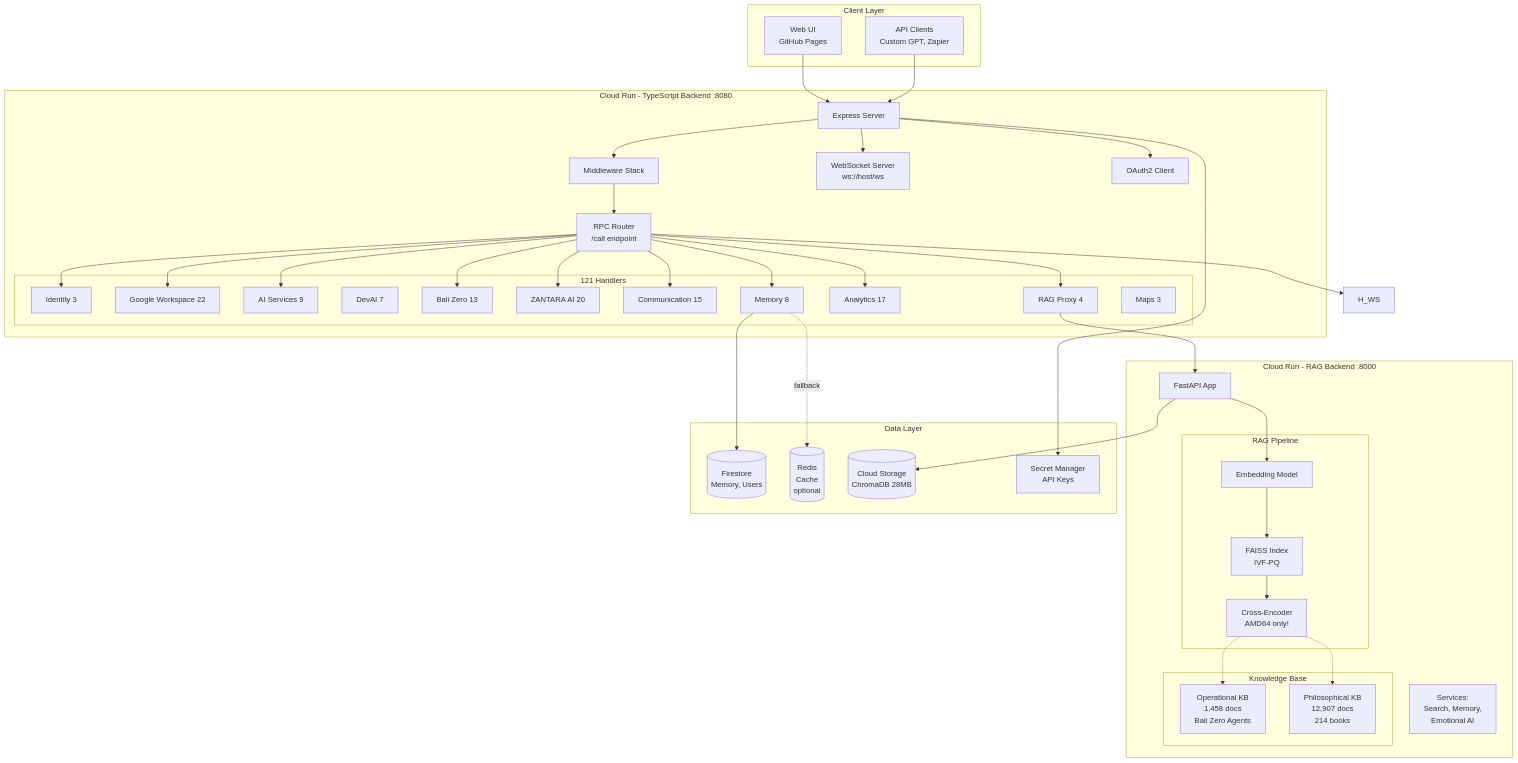
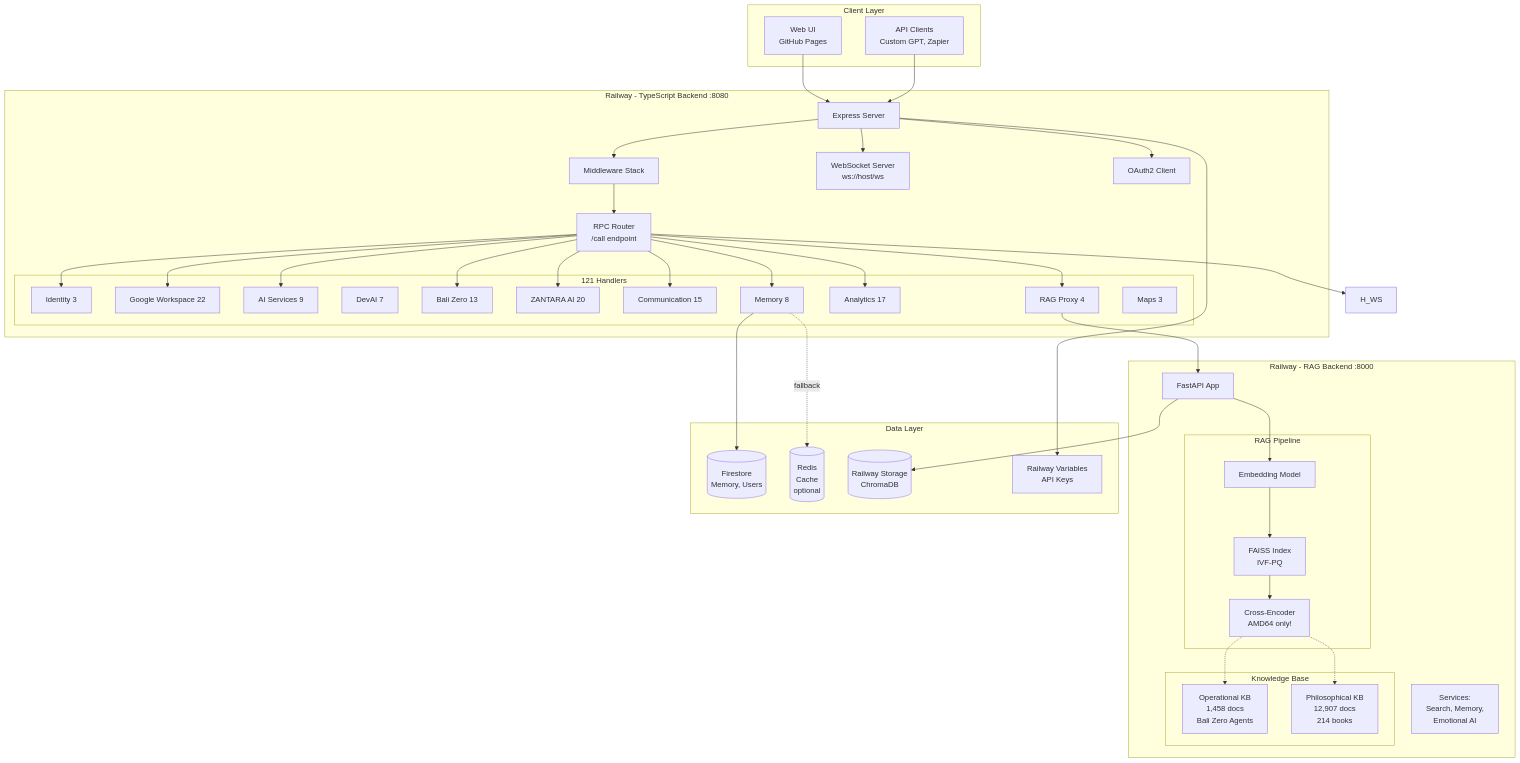
One commit to Balizero1987/nuzantara changed the first of 4 diagrams in docs/ARCHITECTURE.md. Above: the diagram before and after it, drawn with Mermaid. The commit also changed other lines of this file and 1220 other files, not shown here.

````diff
--- a/docs/ARCHITECTURE.md
+++ b/docs/ARCHITECTURE.md
@@ -19,76 +19,76 @@
 ```mermaid
 graph TB
     subgraph "Client Layer"
         WebUI[Web UI<br/>GitHub Pages]
         API_Clients[API Clients<br/>Custom GPT, Zapier]
     end
 
-    subgraph "Cloud Run - TypeScript Backend :8080"
+    subgraph "Railway - TypeScript Backend :8080"
         Express[Express Server]
         Router[RPC Router<br/>/call endpoint]
         MW[Middleware Stack]
 
         subgraph "121 Handlers"
             H_Identity[Identity 3]
             H_GWS[Google Workspace 22]
             H_AI[AI Services 9]
             H_DevAI[DevAI 7]
             H_BZ[Bali Zero 13]
             H_Zantara[ZANTARA AI 20]
             H_Comm[Communication 15]
             H_Memory[Memory 8]
             H_Analytics[Analytics 17]
             H_RAG[RAG Proxy 4]
             H_Maps[Maps 3]
         end
 
         WS[WebSocket Server<br/>ws://host/ws]
         OAuth[OAuth2 Client]
     end
 
-    subgraph "Cloud Run - RAG Backend :8000"
+    subgraph "Railway - RAG Backend :8000"
         FastAPI[FastAPI App]
 
         subgraph "RAG Pipeline"
             Embed[Embedding Model]
             FAISS[FAISS Index<br/>IVF-PQ]
             Rerank[Cross-Encoder<br/>AMD64 only!]
         end
 
         subgraph "Knowledge Base"
             KB_Ops[Operational KB<br/>1,458 docs<br/>Bali Zero Agents]
             KB_Phil[Philosophical KB<br/>12,907 docs<br/>214 books]
         end
 
         Services[Services:<br/>Search, Memory,<br/>Emotional AI]
     end
 
     subgraph "Data Layer"
         Firestore[(Firestore<br/>Memory, Users)]
         Redis[(Redis<br/>Cache<br/>optional)]
-        GCS[(Cloud Storage<br/>ChromaDB 28MB)]
-        SecretMgr[Secret Manager<br/>API Keys]
+        Storage[(Railway Storage<br/>ChromaDB)]
+        EnvVars[Railway Variables<br/>API Keys]
     end
 
     WebUI --> Express
     API_Clients --> Express
     Express --> MW
     MW --> Router
     Router --> H_Identity & H_GWS & H_AI & H_BZ & H_Zantara
     Router --> H_Comm & H_Memory & H_Analytics & H_RAG & H_WS
 
     H_RAG --> FastAPI
     FastAPI --> Embed
     Embed --> FAISS
     FAISS --> Rerank
     Rerank -.-> KB_Ops
     Rerank -.-> KB_Phil
 
     Express --> WS
     Express --> OAuth
 
     H_Memory --> Firestore
     H_Memory -.fallback.-> Redis
-    FastAPI --> GCS
-    Express --> SecretMgr
+    FastAPI --> Storage
+    Express --> EnvVars
 ```
````
